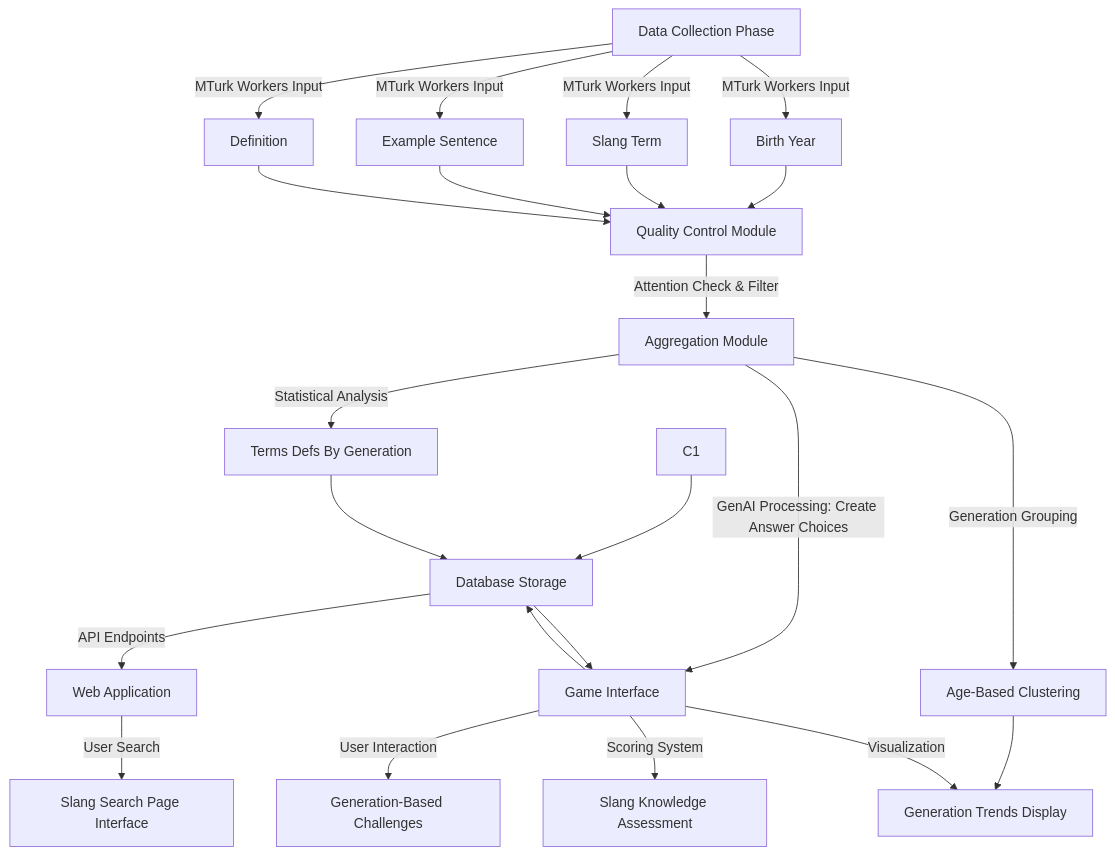
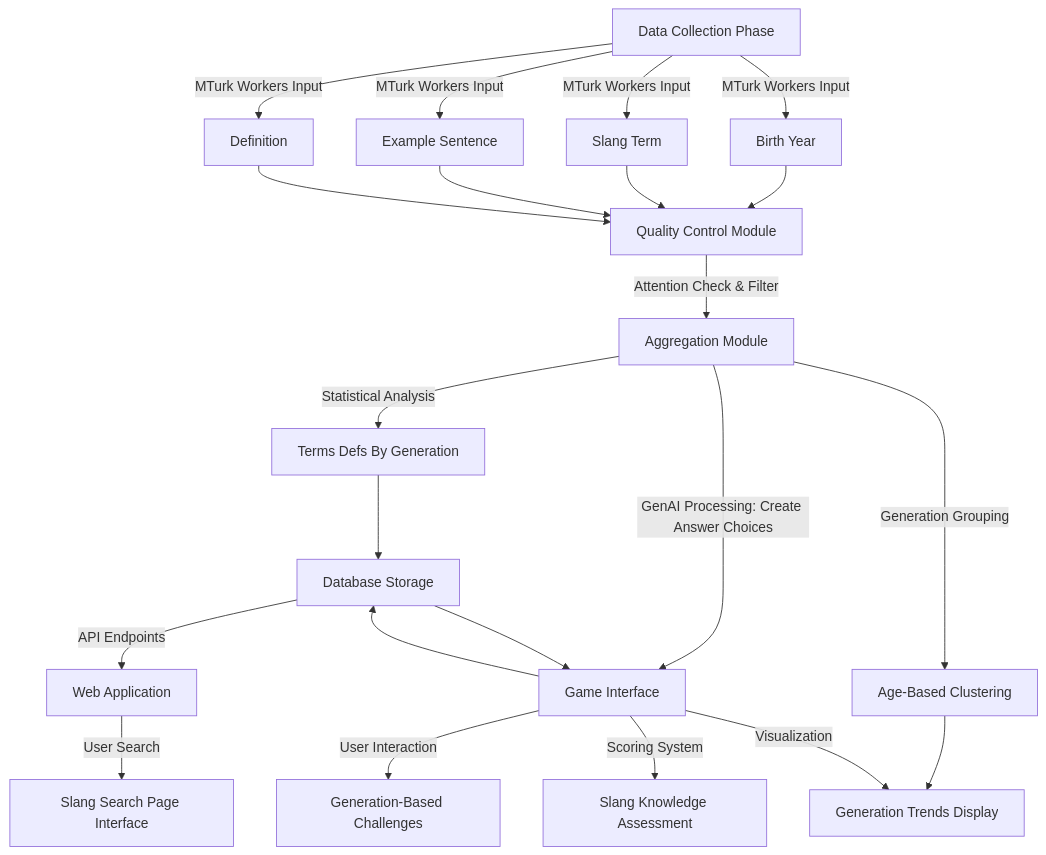
Before and after one commit to qareeb19/nets-2130: the diagram in flowchat2.md, drawn with Mermaid.

````diff
--- a/flowchat2.md
+++ b/flowchat2.md
@@ -1,32 +1,31 @@
 ```mermaid
 flowchart TD
     A[Data Collection Phase] --> |MTurk Workers Input| A1[Birth Year]
     A --> |MTurk Workers Input| A2[Slang Term]
     A --> |MTurk Workers Input| A3[Example Sentence]
     A --> |MTurk Workers Input| A4[Definition]
 
     A1 --> B[Quality Control Module]
     A2 --> B
     A3 --> B
     A4 --> B
 
     B --> |Attention Check & Filter| C[Aggregation Module]
 
     C --> |Statistical Analysis| C2[Terms Defs By Generation]
     C --> |Generation Grouping| C3[Age-Based Clustering]
 
-    C1 --> E
     C2 --> E
     C3 --> D3
 
 
     C --> |GenAI Processing: Create Answer Choices| D[Game Interface]
     D --> |User Interaction| D1[Generation-Based Challenges]
     D --> |Scoring System| D2[Slang Knowledge Assessment]
     D --> |Visualization| D3[Generation Trends Display]
 
     D --> E[Database Storage]
     E --> D
     E --> |API Endpoints| F[Web Application]
     F --> |User Search| G[Slang Search Page Interface]
 ```
````
